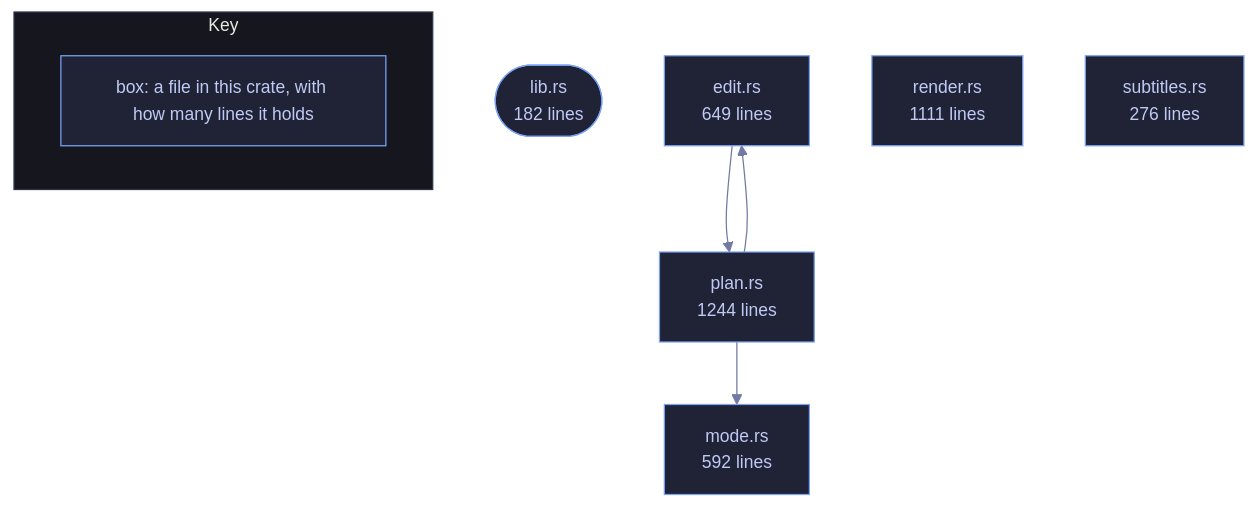
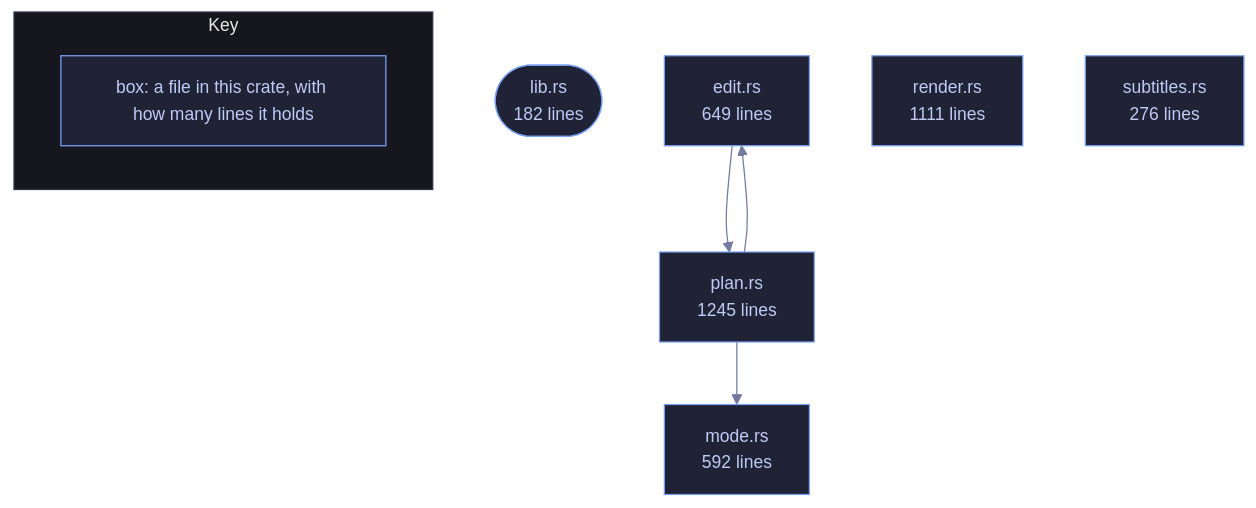
The diagram in crates/veilvoice-conversation/README.md (tilas01/veilvoice), drawn with Mermaid before and after one commit. The commit also changed other lines of this file and 514 other files, not shown here.

````diff
--- a/crates/veilvoice-conversation/README.md
+++ b/crates/veilvoice-conversation/README.md
@@ -104,23 +104,23 @@
 ```mermaid
 %%{init: {"theme":"base","themeVariables":{"background":"#1a1b26","primaryColor":"#1f2335","primaryTextColor":"#c0caf5","primaryBorderColor":"#7aa2f7","secondaryColor":"#16161e","tertiaryColor":"#16161e","lineColor":"#737aa2","textColor":"#c0caf5","mainBkg":"#1f2335","nodeBorder":"#7aa2f7","clusterBkg":"#16161e","clusterBorder":"#2f3549","fontFamily":"ui-monospace, SFMono-Regular, Consolas, monospace","fontSize":"14px"}}}%%
 flowchart TD
     n_lib(["lib.rs<br/>182 lines"])
     n_edit["edit.rs<br/>649 lines"]
     n_mode["mode.rs<br/>592 lines"]
-    n_plan["plan.rs<br/>1244 lines"]
+    n_plan["plan.rs<br/>1245 lines"]
     n_render["render.rs<br/>1111 lines"]
     n_subtitles["subtitles.rs<br/>276 lines"]
     n_edit --> n_plan
     n_plan --> n_edit
     n_plan --> n_mode
     click n_lib href "https://github.com/tilas01/veilvoice/blob/main/crates/veilvoice-conversation/src/lib.rs" "open the source"
     click n_edit href "https://github.com/tilas01/veilvoice/blob/main/crates/veilvoice-conversation/src/edit.rs" "open the source"
     click n_mode href "https://github.com/tilas01/veilvoice/blob/main/crates/veilvoice-conversation/src/mode.rs" "open the source"
     click n_plan href "https://github.com/tilas01/veilvoice/blob/main/crates/veilvoice-conversation/src/plan.rs" "open the source"
     click n_render href "https://github.com/tilas01/veilvoice/blob/main/crates/veilvoice-conversation/src/render.rs" "open the source"
     click n_subtitles href "https://github.com/tilas01/veilvoice/blob/main/crates/veilvoice-conversation/src/subtitles.rs" "open the source"
     subgraph chart_key ["Key"]
         direction LR
         key_box["box: a file in this crate, with how many lines it holds"]
     end
 ```
````
